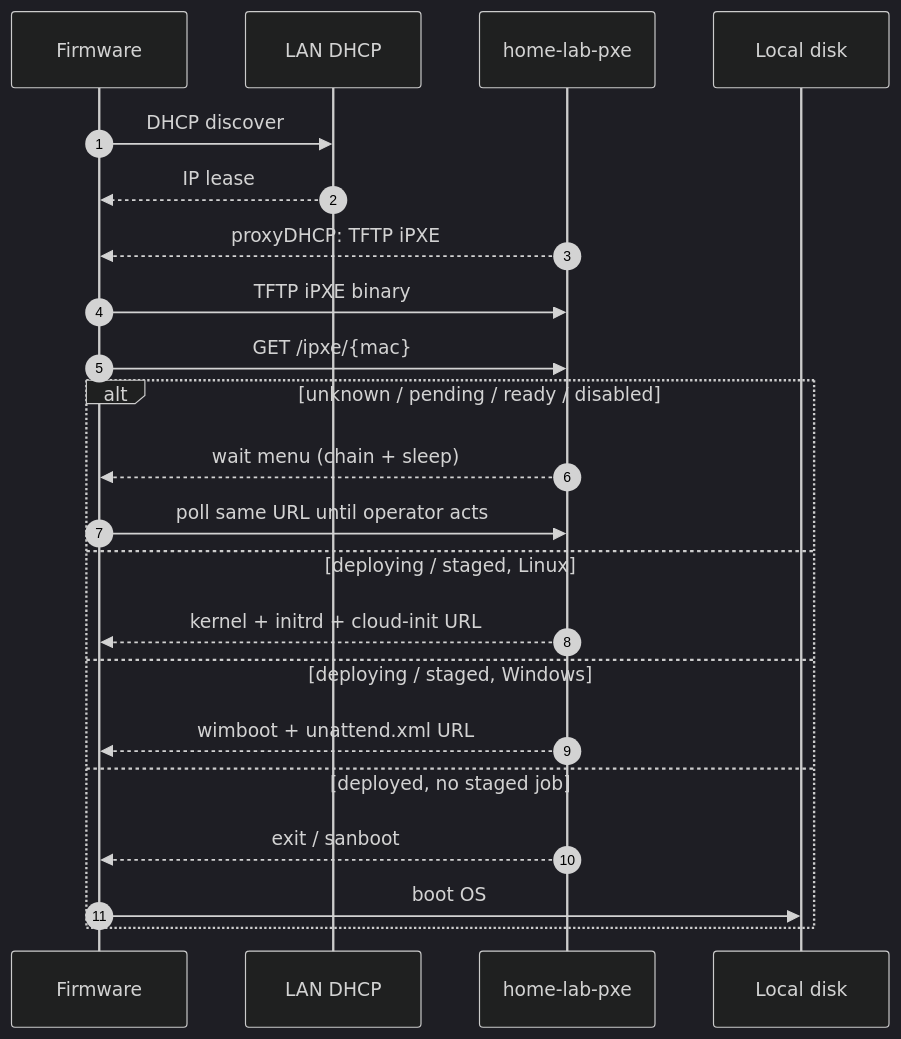
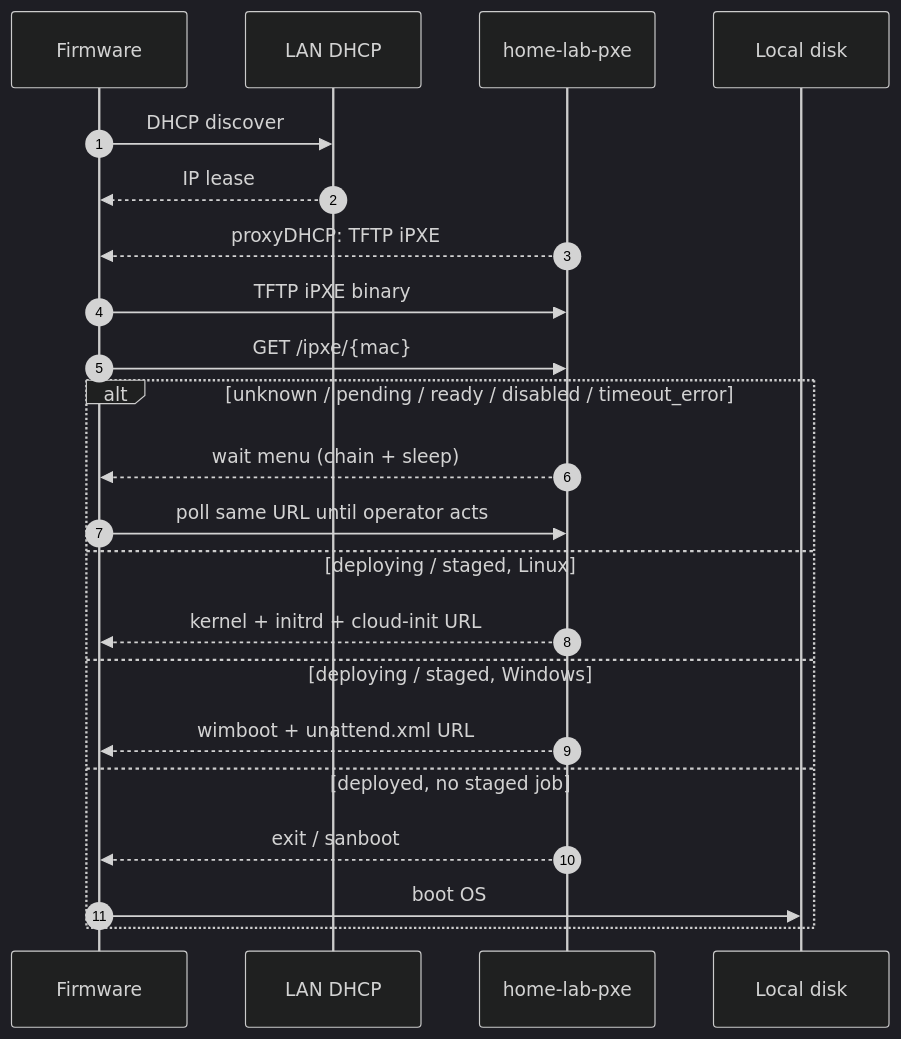
Before and after one commit to hometinker12/home-lab-pxe: the fifth of 24 diagrams in ARCHITECTURE.md, drawn with Mermaid (dark theme). The commit also changed other lines of this file and 47 other files, not shown here.

````diff
--- a/ARCHITECTURE.md
+++ b/ARCHITECTURE.md
@@ -122,25 +122,25 @@
 ```mermaid
 sequenceDiagram
   autonumber
   participant FW as Firmware
   participant DHCP as LAN DHCP
   participant PXE as home-lab-pxe
   participant Disk as Local disk
 
   FW->>DHCP: DHCP discover
   DHCP-->>FW: IP lease
   PXE-->>FW: proxyDHCP: TFTP iPXE
   FW->>PXE: TFTP iPXE binary
   FW->>PXE: GET /ipxe/{mac}
-  alt unknown / pending / ready / disabled
+  alt unknown / pending / ready / disabled / timeout_error
     PXE-->>FW: wait menu (chain + sleep)
     FW->>PXE: poll same URL until operator acts
   else deploying / staged, Linux
     PXE-->>FW: kernel + initrd + cloud-init URL
   else deploying / staged, Windows
     PXE-->>FW: wimboot + unattend.xml URL
   else deployed, no staged job
     PXE-->>FW: exit / sanboot
     FW->>Disk: boot OS
   end
 ```
````
